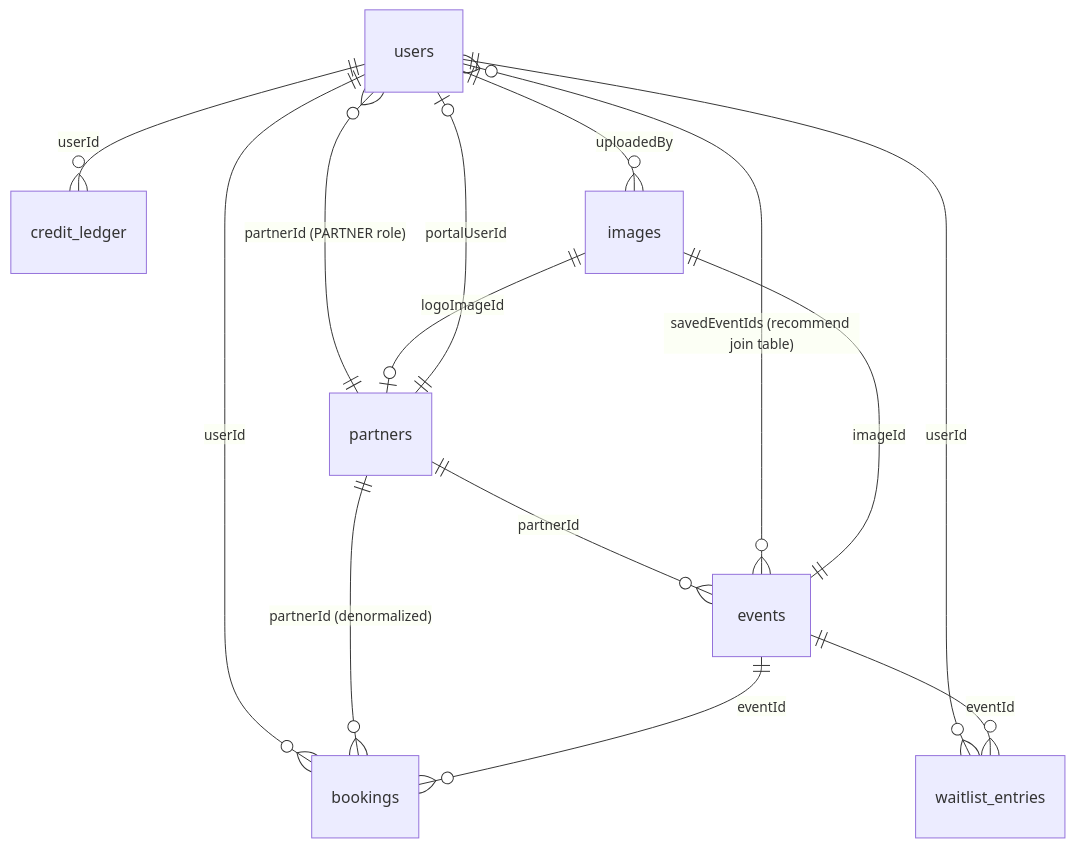
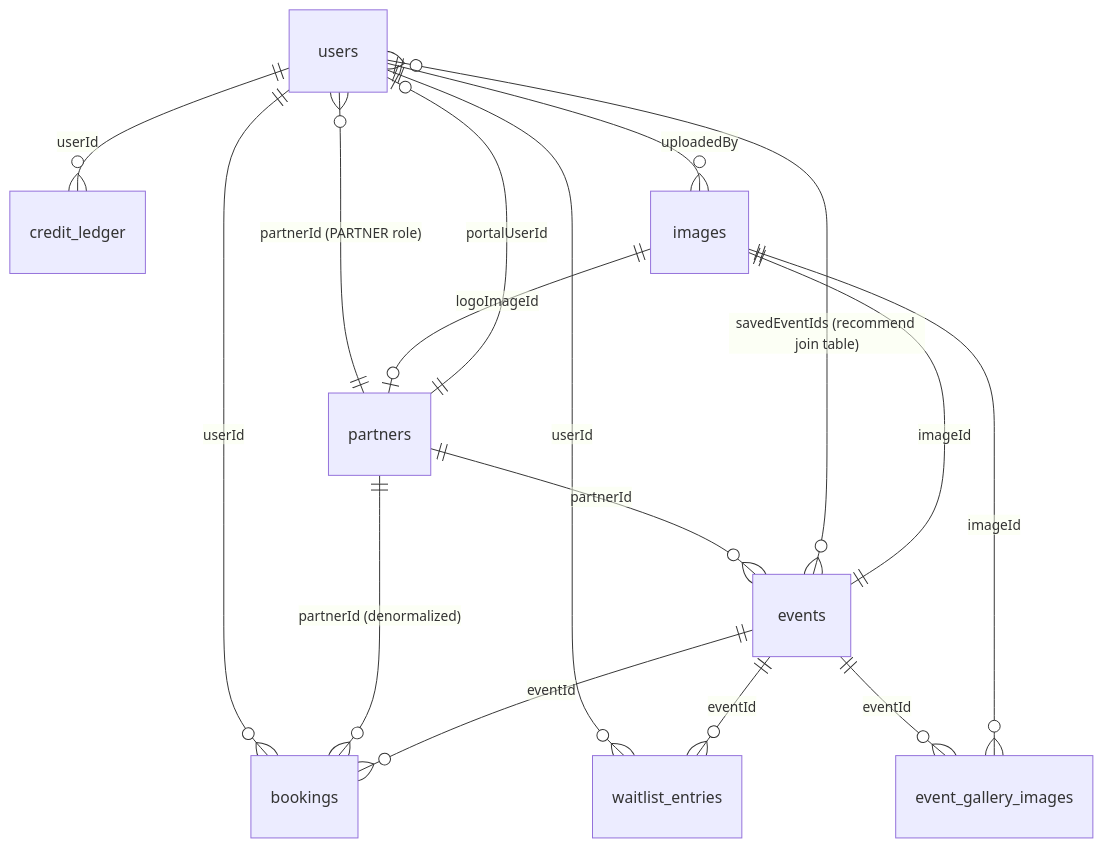
The diagram in docs/product/database/schema-overview.md (vasileermicioi/unveiled-j6), drawn with Mermaid before and after one commit. The commit also changed other lines of this file and 77 other files, not shown here.

Commit message:
feat: implement event gallery management in admin; add functionality for adding, listing, and removing gallery images, enhance image upload process, and update event detail pages to display galleries for improved user experience

````diff
--- a/docs/product/database/schema-overview.md
+++ b/docs/product/database/schema-overview.md
@@ -204,16 +219,18 @@
 ```mermaid
 erDiagram
   users ||--o{ bookings : "userId"
   users ||--o{ waitlist_entries : "userId"
   users ||--o{ credit_ledger : "userId"
   users }o--|| partners : "partnerId (PARTNER role)"
   partners ||--o| users : "portalUserId"
   partners ||--o{ events : "partnerId"
   partners ||--o{ bookings : "partnerId (denormalized)"
   events ||--o{ bookings : "eventId"
   events ||--o{ waitlist_entries : "eventId"
   users }o--o{ events : "savedEventIds (recommend join table)"
   images ||--o| partners : "logoImageId"
   images ||--|| events : "imageId"
+  events ||--o{ event_gallery_images : "eventId"
+  images ||--o{ event_gallery_images : "imageId"
   users ||--o{ images : "uploadedBy"
 ```
````
